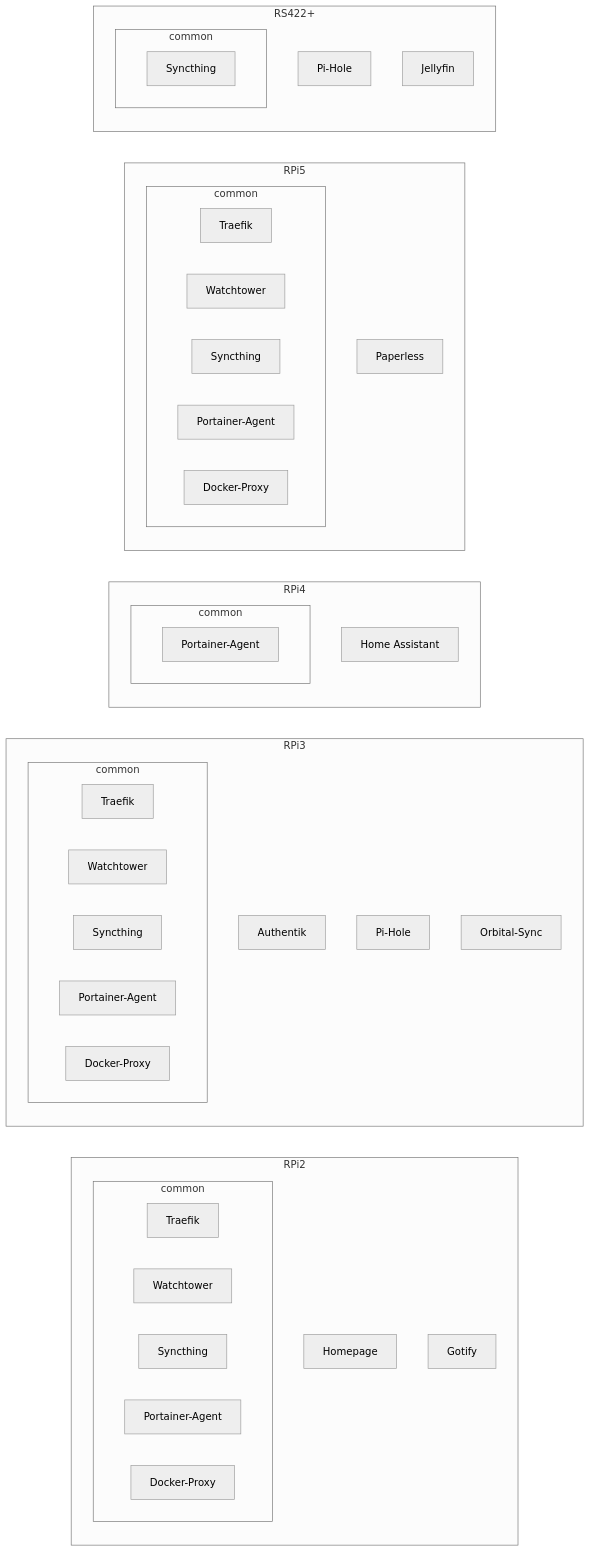
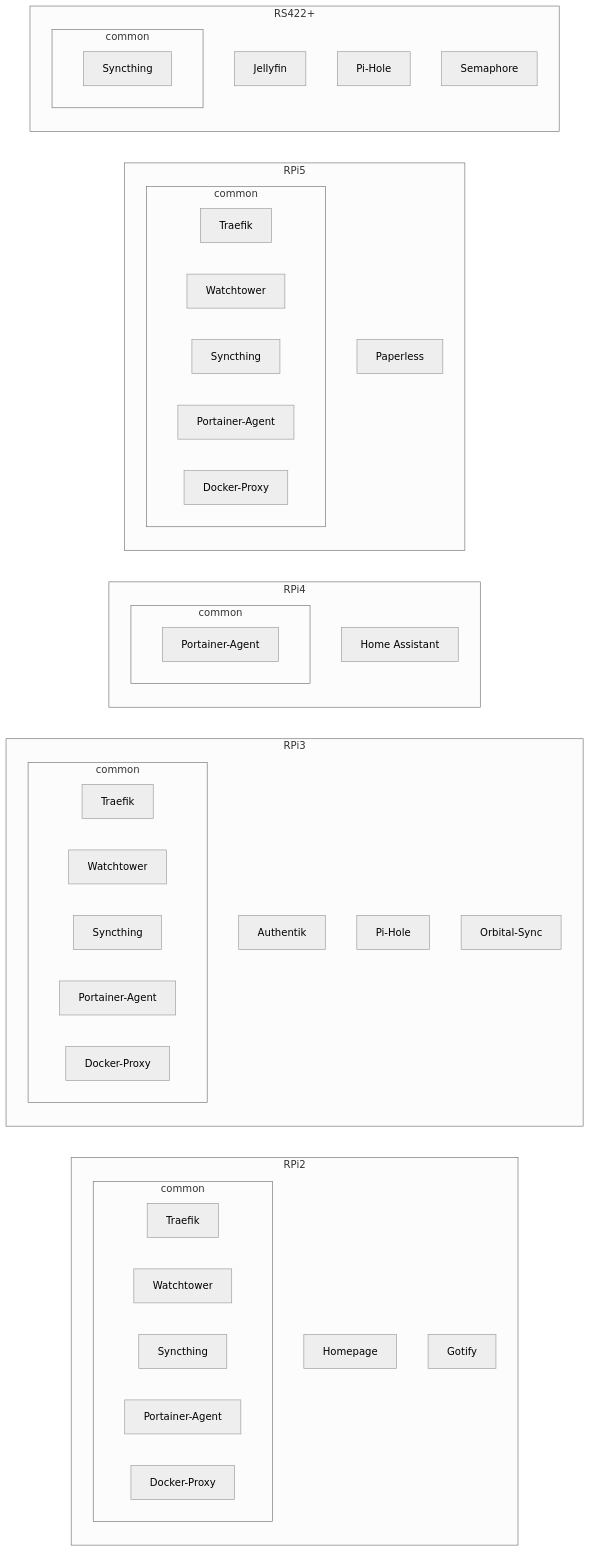
Before and after one commit to CFenner/homelab: the diagram in README.md, drawn with Mermaid (neutral theme). The commit also changed 2 other files, not shown here.

Commit message:
add semaphore

````diff
--- a/README.md
+++ b/README.md
@@ -3,57 +3,58 @@
 ```mermaid
 
 flowchart LR
 
   subgraph RPi2
     Homepage
     Gotify
     subgraph common-rpi2[common]
       traefik-rpi2[Traefik]
       watchtower-rpi2[Watchtower]
       syncthing-rpi2[Syncthing]
       portainer-rpi2[Portainer-Agent]
       pockerproxy-rpi2[Docker-Proxy]
     end
   end
 
   subgraph RPi3
     Authentik
     Pi-Hole
     Orbital-Sync
     subgraph common-rpi3[common]
       traefik-rpi3[Traefik]
       watchtower-rpi3[Watchtower]
       syncthing-rpi3[Syncthing]
       portainer-rpi3[Portainer-Agent]
       pockerproxy-rpi3[Docker-Proxy]
     end
   end
 
   subgraph RPi4
     ha[Home Assistant]
     subgraph common-rpi4[common]
       portainer-rpi4[Portainer-Agent]
     end
   end
 
   subgraph RPi5
     Paperless
     
     subgraph common-rpi5[common]
       traefik-rpi5[Traefik]
       watchtower-rpi5[Watchtower]
       syncthing-rpi5[Syncthing]
       portainer-rpi5[Portainer-Agent]
       pockerproxy-rpi5[Docker-Proxy]
     end
   end
 
   subgraph RS422+
+    Jellyfin
     secondary-pihole[Pi-Hole]
-    Jellyfin
+    Semaphore
     subgraph common-rs422[common]
       syncthing[Syncthing]
     end
   end
 
 ```
````
